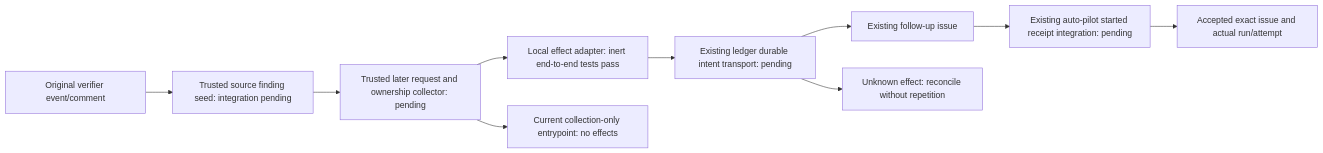
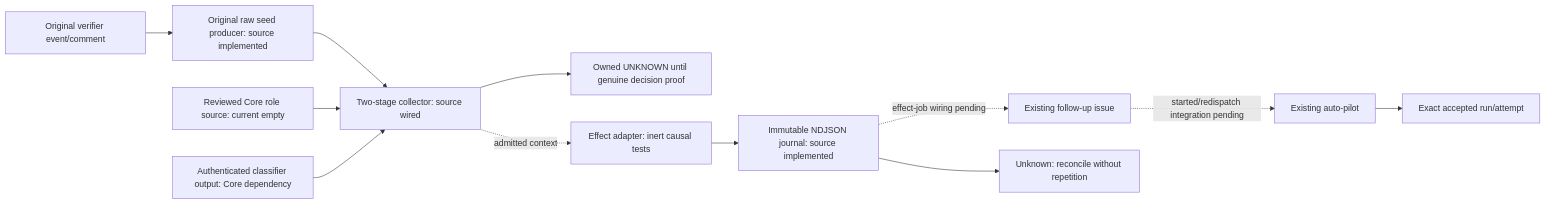
One commit to stranske/Workflows changed the diagram in docs/ops/VERIFIER_CORRECTION_INTERFACE.md. Above: the diagram before and after it, drawn with Mermaid. The commit also changed other lines of this file and 32 other files, not shown here.

Commit message:
feat(verifier): retain original correction seeds and trusted collection context

````diff
--- a/docs/ops/VERIFIER_CORRECTION_INTERFACE.md
+++ b/docs/ops/VERIFIER_CORRECTION_INTERFACE.md
@@ -168,12 +186,14 @@
 ```mermaid
 flowchart LR
-    V[Original verifier event/comment] --> P[Trusted source finding seed: integration pending]
-    P --> C[Trusted later request and ownership collector: pending]
-    C --> E[Local effect adapter: inert end-to-end tests pass]
-    E --> L[Existing ledger durable intent transport: pending]
-    L --> I[Existing follow-up issue]
-    I --> A[Existing auto-pilot started receipt integration: pending]
-    A --> R[Accepted exact issue and actual run/attempt]
-    L --> U[Unknown effect: reconcile without repetition]
-    C --> N[Current collection-only entrypoint: no effects]
+    V[Original verifier event/comment] --> P[Original raw seed producer: source implemented]
+    P --> C[Two-stage collector: source wired]
+    Q[Reviewed Core role source: current empty] --> C
+    D[Authenticated classifier output: Core dependency] --> C
+    C --> N[Owned UNKNOWN until genuine decision proof]
+    C -. admitted context .-> E[Effect adapter: inert causal tests]
+    E --> L[Immutable NDJSON journal: source implemented]
+    L -. effect-job wiring pending .-> I[Existing follow-up issue]
+    I -. started/redispatch integration pending .-> A[Existing auto-pilot]
+    A --> R[Exact accepted run/attempt]
+    L --> U[Unknown: reconcile without repetition]
 ```
````
